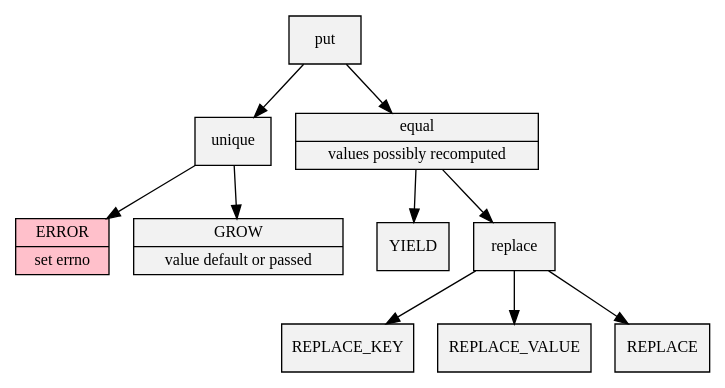
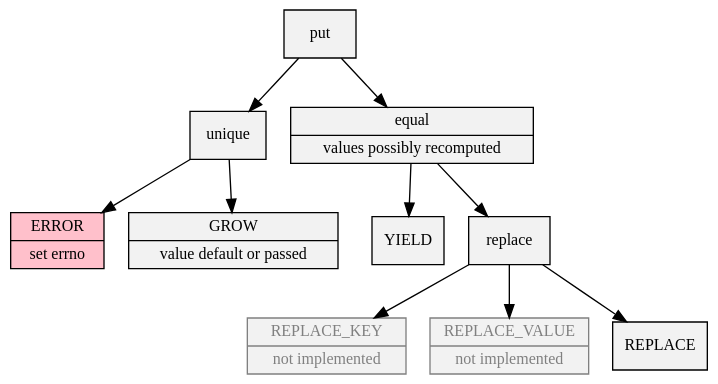
The diagram in web/put.gv (neil-edelman/boxes), drawn with Graphviz before and after one commit. The commit also changed 2 other files, not shown here.

```diff
--- a/web/put.gv
+++ b/web/put.gv
@@ -1,24 +1,25 @@
 digraph {
+	graph [truecolor=true, bgcolor=transparent];
 	node [shape=record, style=filled, fillcolor=Grey95];
 	fontname = "Bitstream Vera Sans";
 	fontsize = 12;
 	node [fontname = "Bitstream Vera Sans", fontsize = 12];
 	edge [fontname = "Bitstream Vera Sans" fontsize = 12];
 	put;
 	put -> unique;
 	unique -> error;
 	unique -> grow;
 	put -> equal;
 	equal -> yield;
 	equal -> replace;
 	replace -> key;
 	replace -> value;
 	replace -> both;
 	error [label="{ERROR|set errno}", fillcolor="Pink"];
 	equal [label="{equal|values possibly recomputed}"];
 	grow [label="{GROW|value default or passed}"];
 	yield [label="YIELD"];
-	key [label="REPLACE_KEY"];
-	value [label="REPLACE_VALUE"];
+	key [label="{REPLACE_KEY|not implemented}", color=Grey, fontcolor=Grey];
+	value [label="{REPLACE_VALUE|not implemented}", color=Grey, fontcolor=Grey];
 	both [label="REPLACE"];
 }
```
